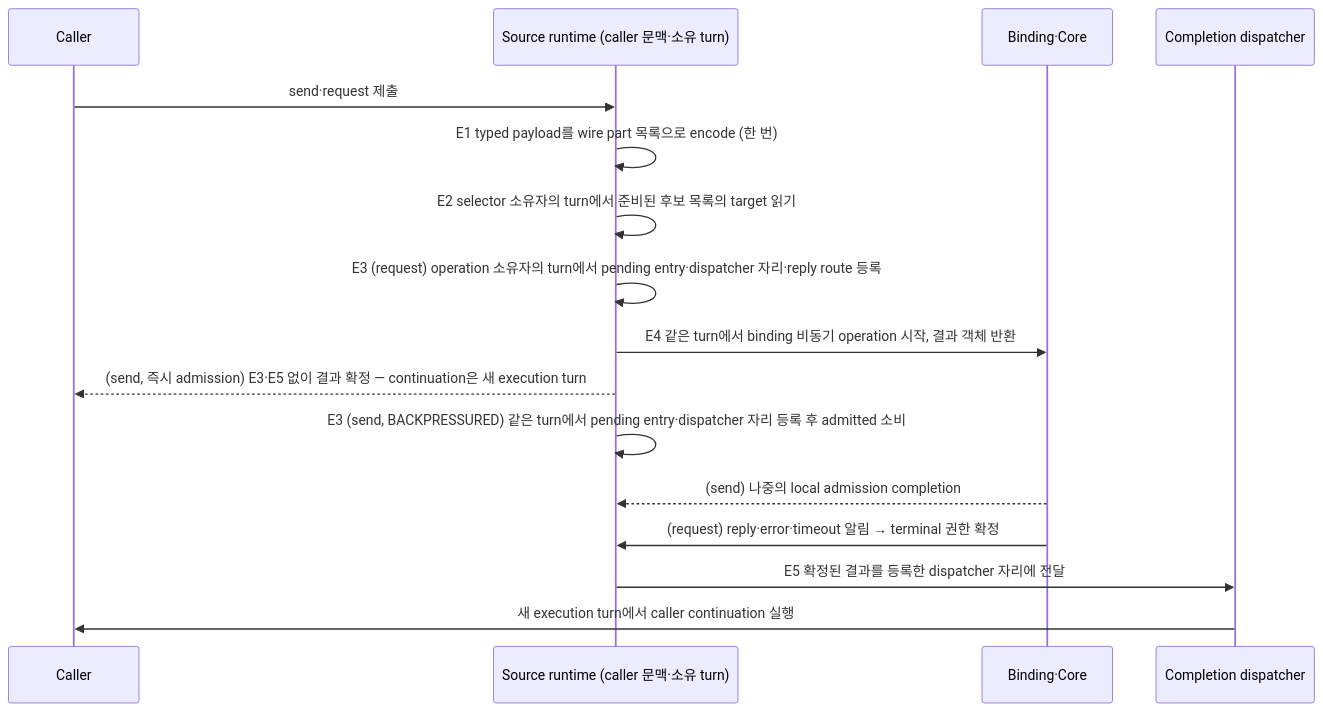
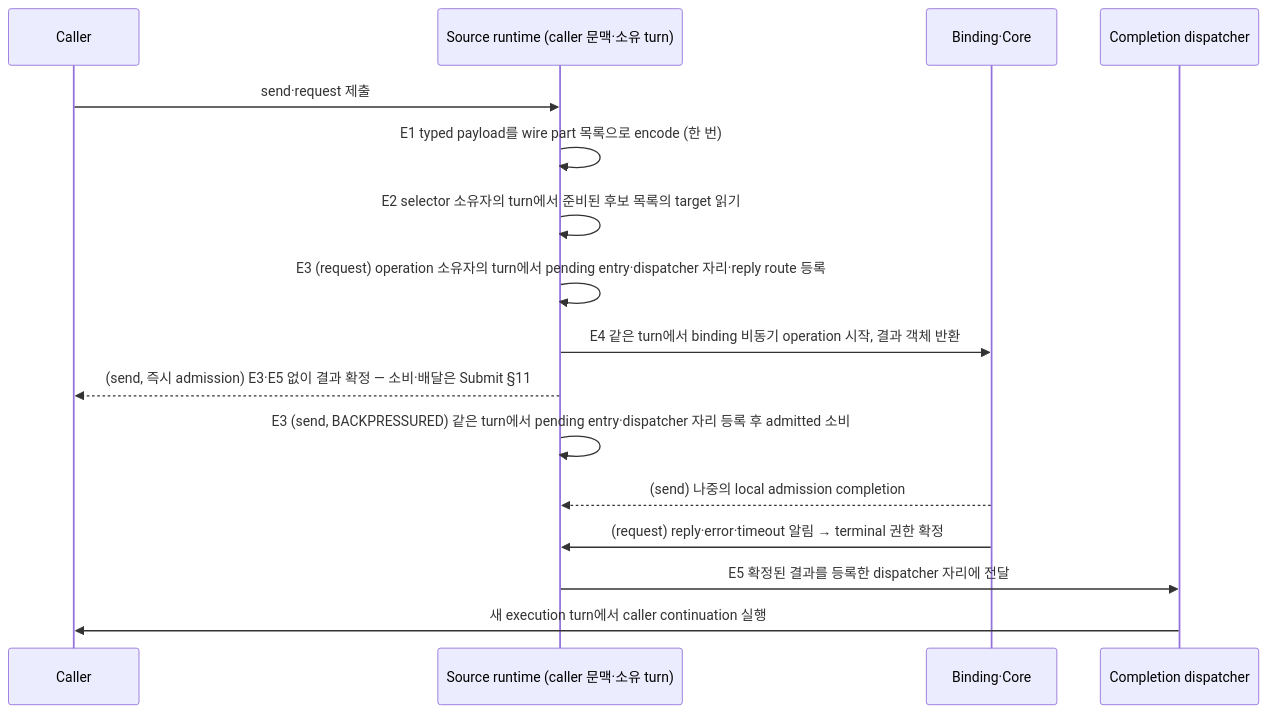
The first of 2 diagrams in framework/doc/framework/common/spec/server/01-execution/08-messaging-hot-path.ko.md (zlink-systems/zlink), drawn with Mermaid before and after one commit. The commit also changed other lines of this file and 7 other files, not shown here.

````diff
--- a/framework/doc/framework/common/spec/server/01-execution/08-messaging-hot-path.ko.md
+++ b/framework/doc/framework/common/spec/server/01-execution/08-messaging-hot-path.ko.md
@@ -74,19 +74,19 @@
 ```mermaid
 sequenceDiagram
     participant C as Caller
     participant R as Source runtime (caller 문맥·소유 turn)
     participant B as Binding·Core
     participant D as Completion dispatcher
 
     C->>R: send·request 제출
     R->>R: E1 typed payload를 wire part 목록으로 encode (한 번)
     R->>R: E2 selector 소유자의 turn에서 준비된 후보 목록의 target 읽기
     R->>R: E3 (request) operation 소유자의 turn에서 pending entry·dispatcher 자리·reply route 등록
     R->>B: E4 같은 turn에서 binding 비동기 operation 시작, 결과 객체 반환
-    R-->>C: (send, 즉시 admission) E3·E5 없이 결과 확정 — continuation은 새 execution turn
+    R-->>C: (send, 즉시 admission) E3·E5 없이 결과 확정 — 소비·배달은 Submit §11
     R->>R: E3 (send, BACKPRESSURED) 같은 turn에서 pending entry·dispatcher 자리 등록 후 admitted 소비
     B-->>R: (send) 나중의 local admission completion
     B->>R: (request) reply·error·timeout 알림 → terminal 권한 확정
     R->>D: E5 확정된 결과를 등록한 dispatcher 자리에 전달
     D->>C: 새 execution turn에서 caller continuation 실행
 ```
````
